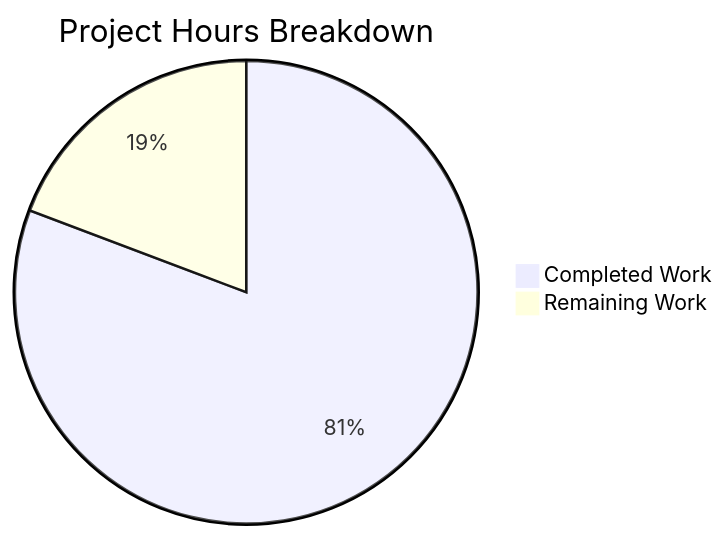
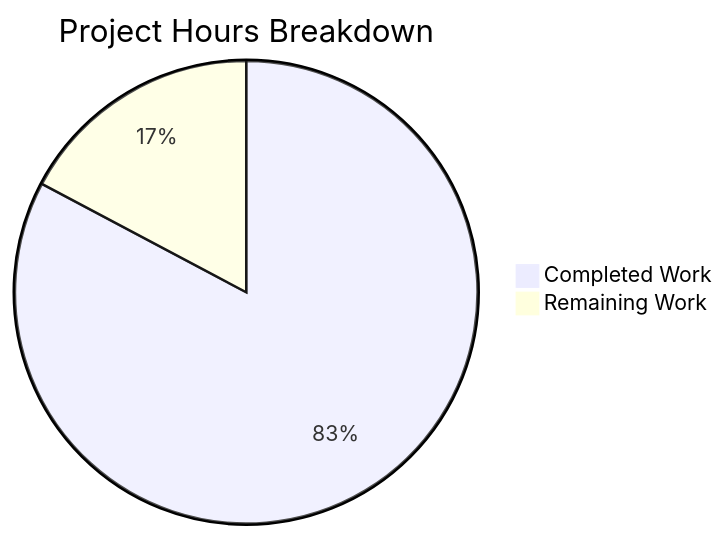
One commit to Blitzy-Sandbox/blitzy-cal changed the second of 2 diagrams in blitzy/documentation/Project Guide.md. Above: the diagram before and after it, drawn with Mermaid. The commit also changed other lines of this file, not shown here.

Commit message:
Adding Blitzy Project Guide: Project Status and Human Tasks Remaining

````diff
--- a/blitzy/documentation/Project Guide.md
+++ b/blitzy/documentation/Project Guide.md
@@ -202,5 +217,5 @@
 ```mermaid
 pie title Project Hours Breakdown
-    "Completed Work" : 172
-    "Remaining Work" : 41
+    "Completed Work" : 144
+    "Remaining Work" : 30
 ```
````
